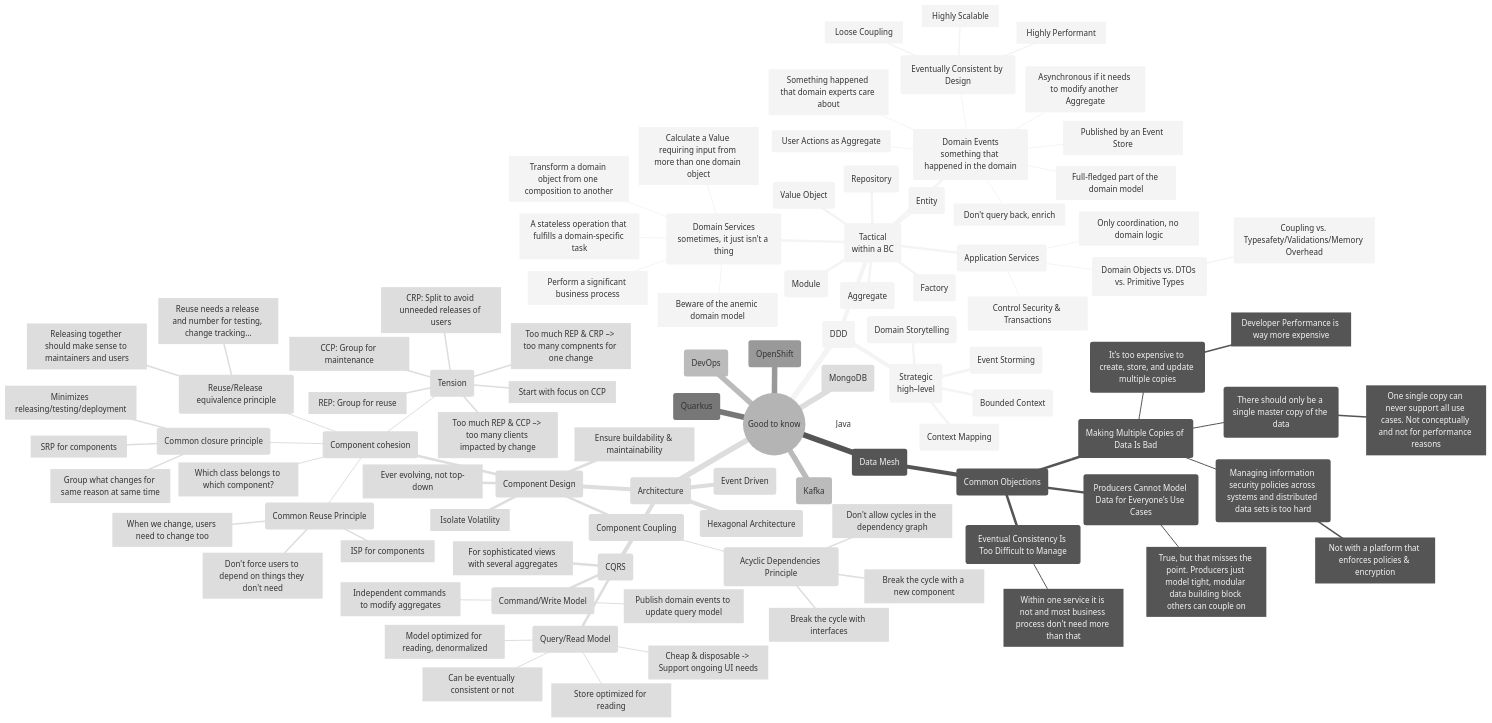
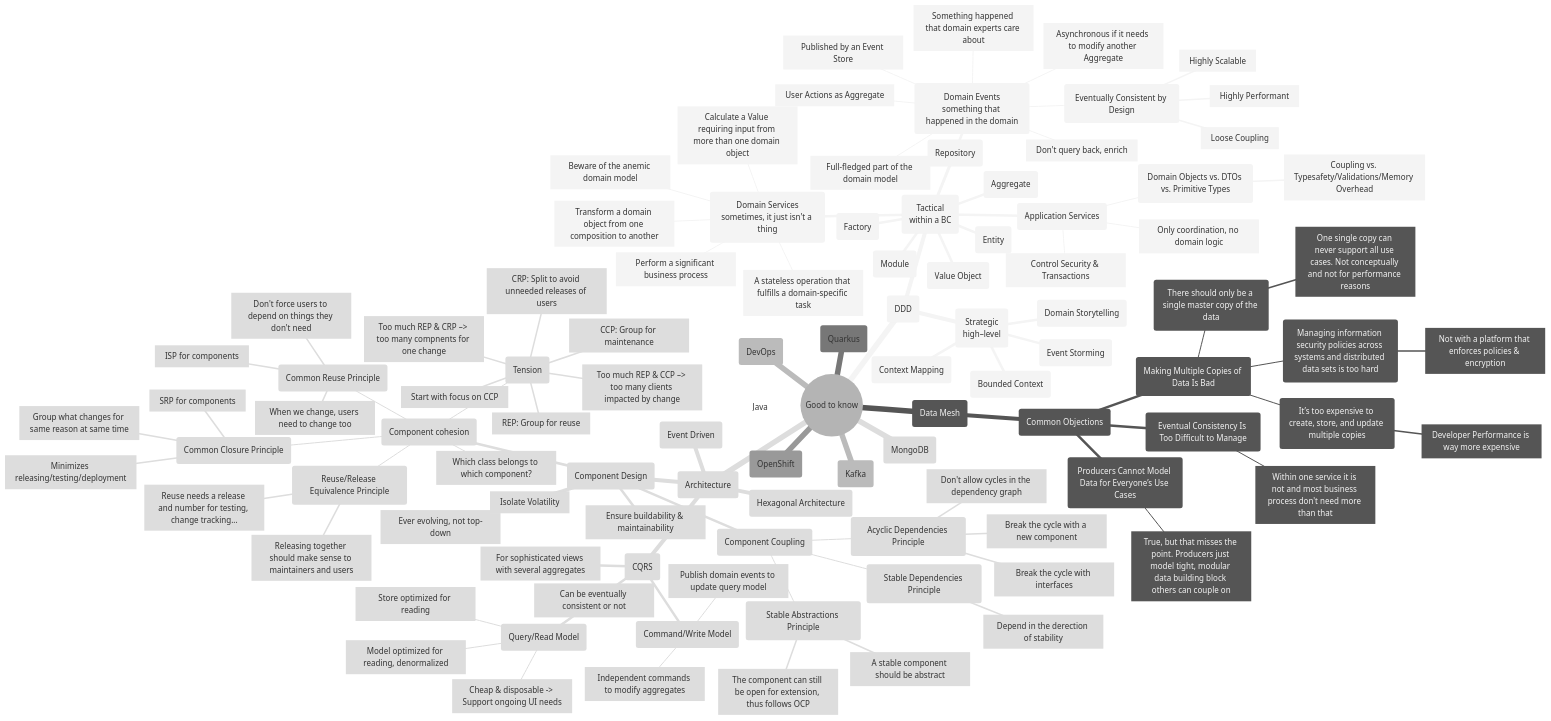
The diagram in README.md (mhaspra/mindmaps), drawn with Mermaid (neutral theme) before and after one commit.

````diff
--- a/README.md
+++ b/README.md
@@ -74,10 +74,10 @@
      [Ensure buildability & maintainability]
      (Component cohesion)
       [Which class belongs to which component?]
-      (Reuse/Release equivalence principle)
+      (Reuse/Release Equivalence Principle)
        [Reuse needs a release and number for testing, change tracking...]
        [Releasing together should make sense to maintainers and users]
-      (Common closure principle)
+      (Common Closure Principle)
        [Group what changes for same reason at same time]
        [SRP for components]
        [Minimizes releasing/testing/deployment]
@@ -97,5 +97,10 @@
        [Don't allow cycles in the dependency graph]
        [Break the cycle with interfaces]
        [Break the cycle with a new component]
+      (Stable Dependencies Principle)
+       [Depend in the derection of stability]
+      (Stable Abstractions Principle)
+       [A stable component should be abstract]
+       [The component can still be open for extension, thus follows OCP]
    (DevOps)
 ```
````
